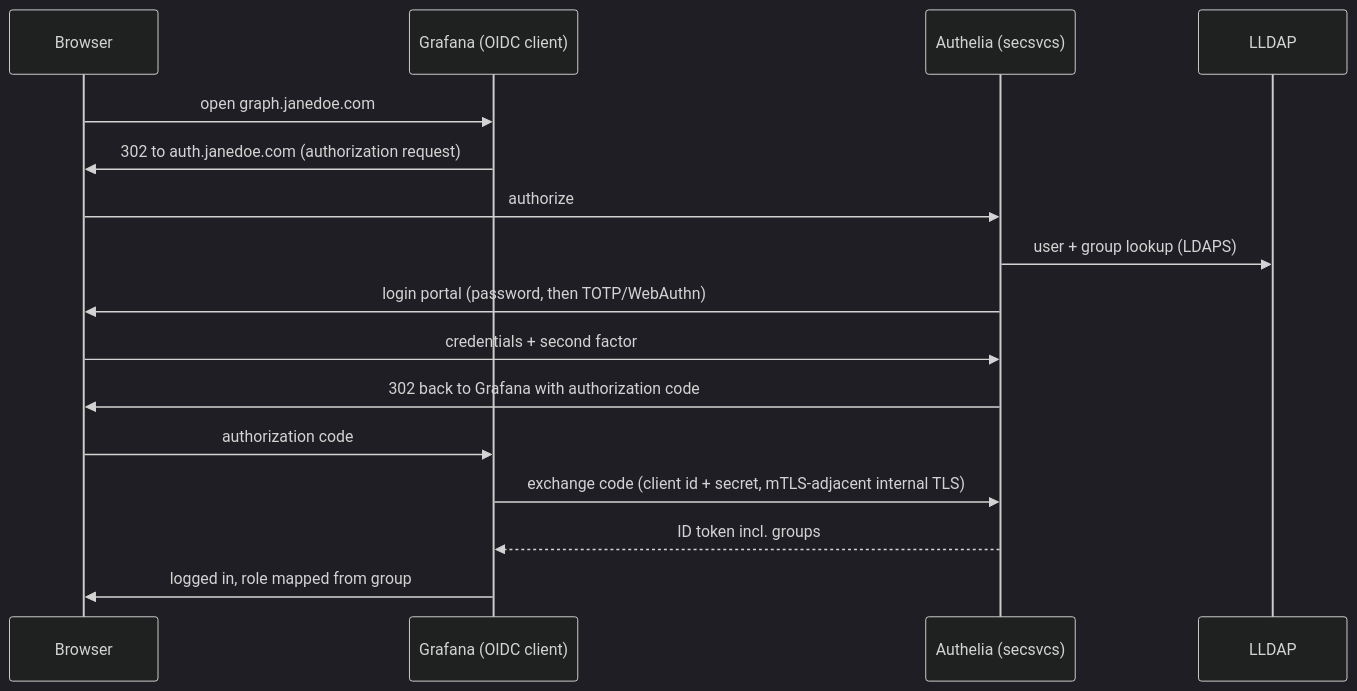
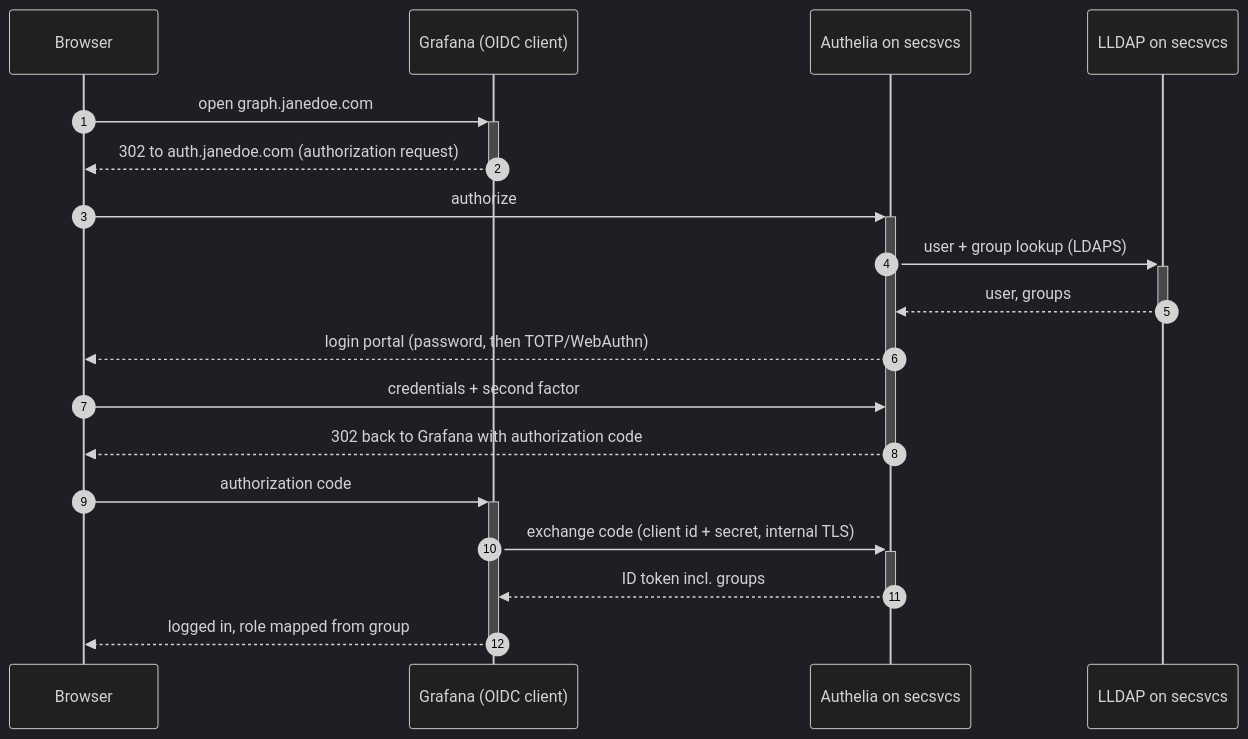
One commit to babraham123/homelab changed the first of 2 diagrams in docs/security.md. Above: the diagram before and after it, drawn with Mermaid (dark theme). The commit also changed other lines of this file and 11 other files, not shown here.

Commit message:
improve diagrams, wording in docs/

````diff
--- a/docs/security.md
+++ b/docs/security.md
@@ -79,19 +79,21 @@
 ```mermaid
 sequenceDiagram
+    autonumber
     participant U as Browser
     participant G as Grafana (OIDC client)
-    participant A as Authelia (secsvcs)
-    participant L as LLDAP
+    participant A as Authelia on secsvcs
+    participant L as LLDAP on secsvcs
 
-    U->>G: open graph.janedoe.com
-    G->>U: 302 to auth.janedoe.com (authorization request)
-    U->>A: authorize
-    A->>L: user + group lookup (LDAPS)
-    A->>U: login portal (password, then TOTP/WebAuthn)
+    U->>+G: open graph.janedoe.com
+    G-->>-U: 302 to auth.janedoe.com (authorization request)
+    U->>+A: authorize
+    A->>+L: user + group lookup (LDAPS)
+    L-->>-A: user, groups
+    A-->>U: login portal (password, then TOTP/WebAuthn)
     U->>A: credentials + second factor
-    A->>U: 302 back to Grafana with authorization code
-    U->>G: authorization code
-    G->>A: exchange code (client id + secret, mTLS-adjacent internal TLS)
-    A-->>G: ID token incl. groups
-    G->>U: logged in, role mapped from group
+    A-->>-U: 302 back to Grafana with authorization code
+    U->>+G: authorization code
+    G->>+A: exchange code (client id + secret, internal TLS)
+    A-->>-G: ID token incl. groups
+    G-->>-U: logged in, role mapped from group
 ```
````
